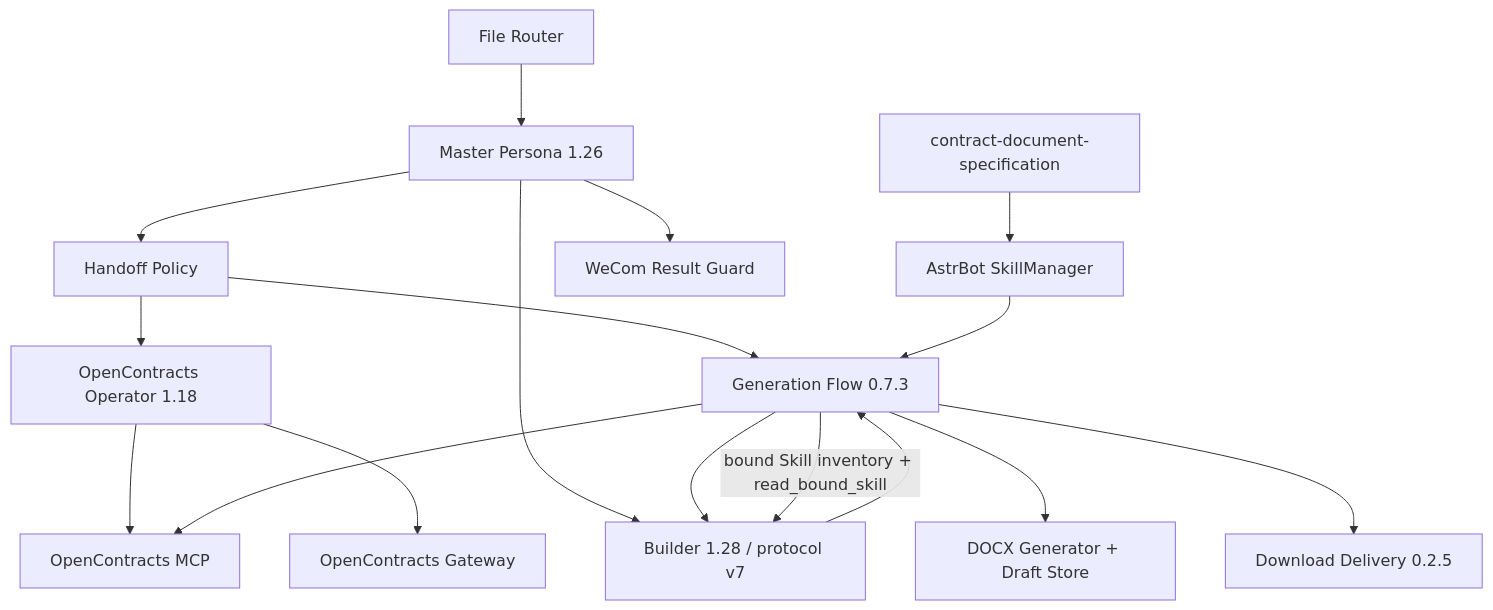
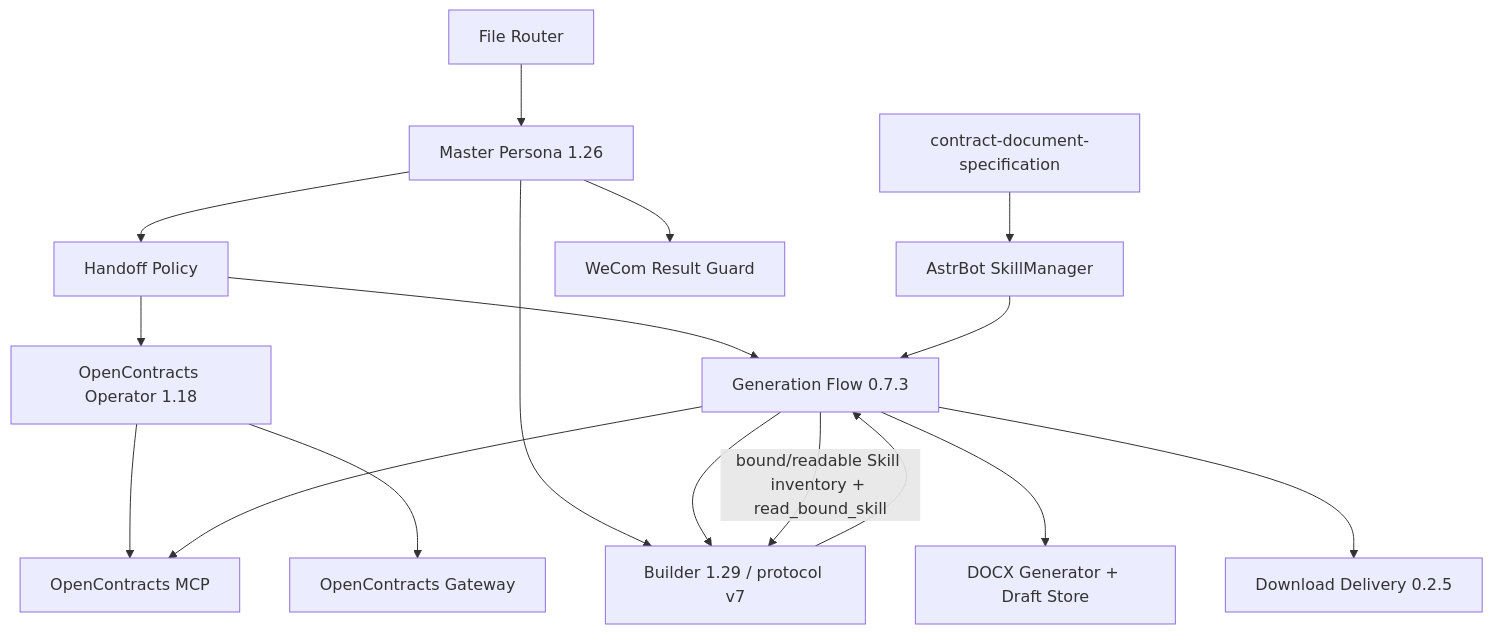
The second of 2 diagrams in docs/architecture/system-context.md (Ri0n72Y/ContractBotConfig), drawn with Mermaid before and after one commit. The commit also changed other lines of this file and 4 other files, not shown here.

Commit message:
docs: align builder 1.29 skill grounding

````diff
--- a/docs/architecture/system-context.md
+++ b/docs/architecture/system-context.md
@@ -26,31 +26,31 @@
 ```mermaid
 flowchart TB
     Router[File Router]
     Master[Master Persona 1.26]
     Handoff[Handoff Policy]
     Operator[OpenContracts Operator 1.18]
     Gateway[OpenContracts Gateway]
     MCP[OpenContracts MCP]
-    Builder[Builder 1.28 / protocol v7]
+    Builder[Builder 1.29 / protocol v7]
     SkillMgr[AstrBot SkillManager]
     DocSpec[contract-document-specification]
     Flow[Generation Flow 0.7.3]
     Generator[DOCX Generator + Draft Store]
     Delivery[Download Delivery 0.2.5]
     Guard[WeCom Result Guard]
 
     Router --> Master
     Master --> Handoff --> Operator
     Operator --> MCP
     Operator --> Gateway
     Master --> Builder
     Handoff --> Flow --> Builder
     SkillMgr --> Flow
     DocSpec --> SkillMgr
-    Flow -->|bound Skill inventory + read_bound_skill| Builder
+    Flow -->|bound/readable Skill inventory + read_bound_skill| Builder
     Builder --> Flow
     Flow --> MCP
     Flow --> Generator
     Flow --> Delivery
     Master --> Guard
 ```
````
